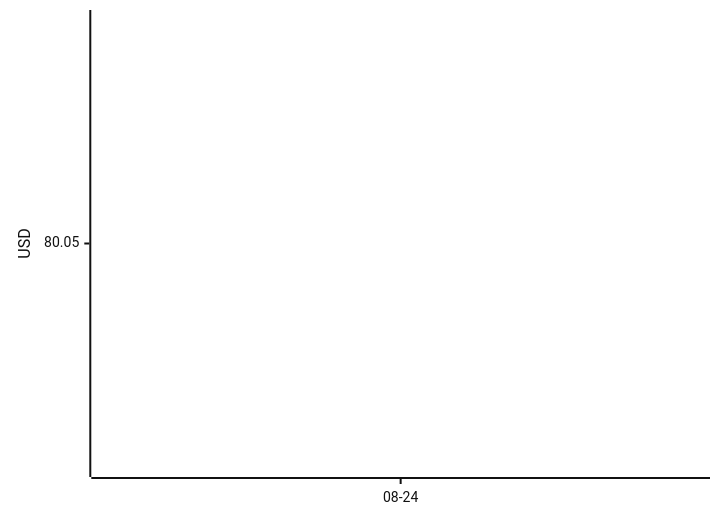
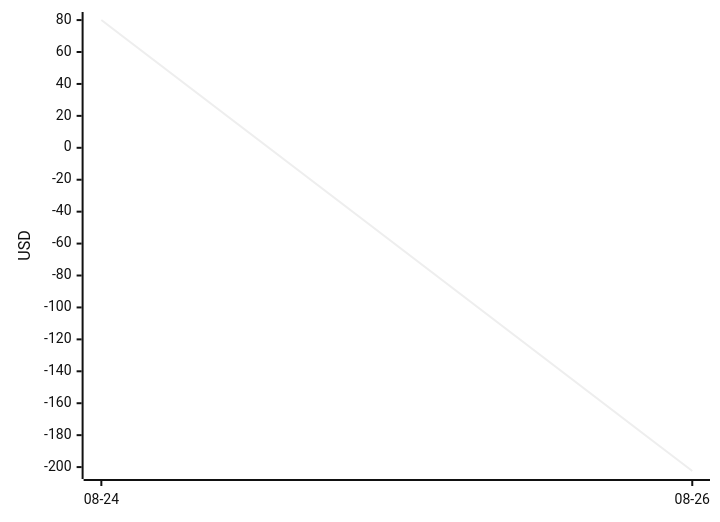
Before and after one commit to aryanvaid2108/prediction-trading: the diagram in DASHBOARD.md, drawn with Mermaid (neutral theme). The commit also changed other lines of this file and 1 other file, not shown here.

````diff
--- a/DASHBOARD.md
+++ b/DASHBOARD.md
@@ -21,6 +21,6 @@
 ```mermaid
 xychart-beta
-  x-axis ["08-24"]
+  x-axis ["08-24", "08-26"]
   y-axis "USD"
-  line [80.05]
+  line [80.05, -202.45]
 ```
````
